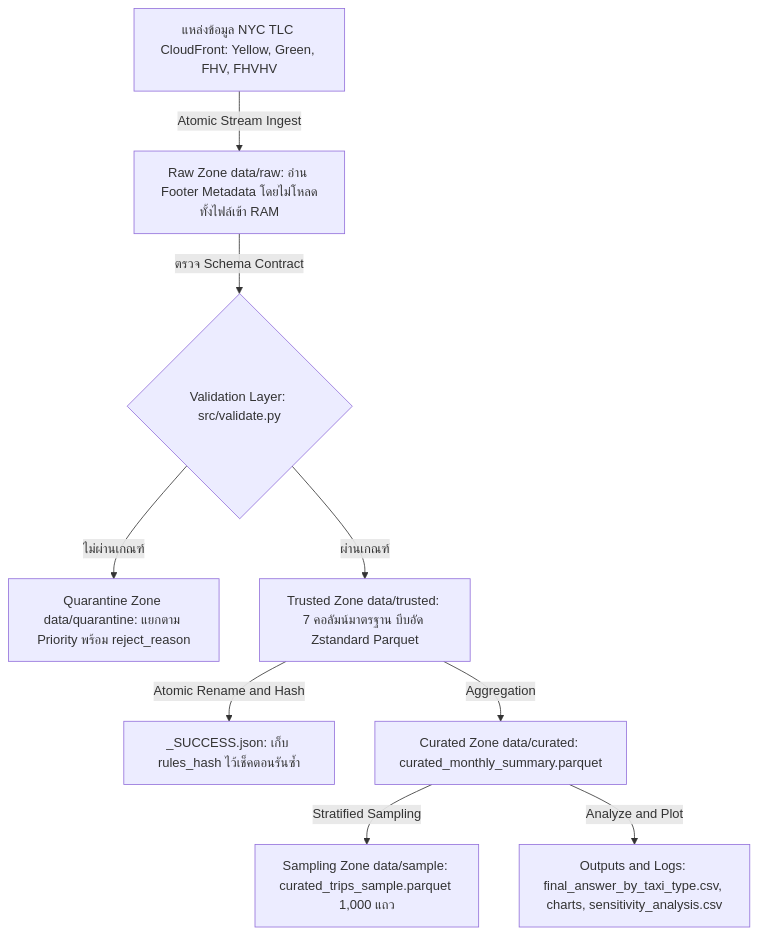
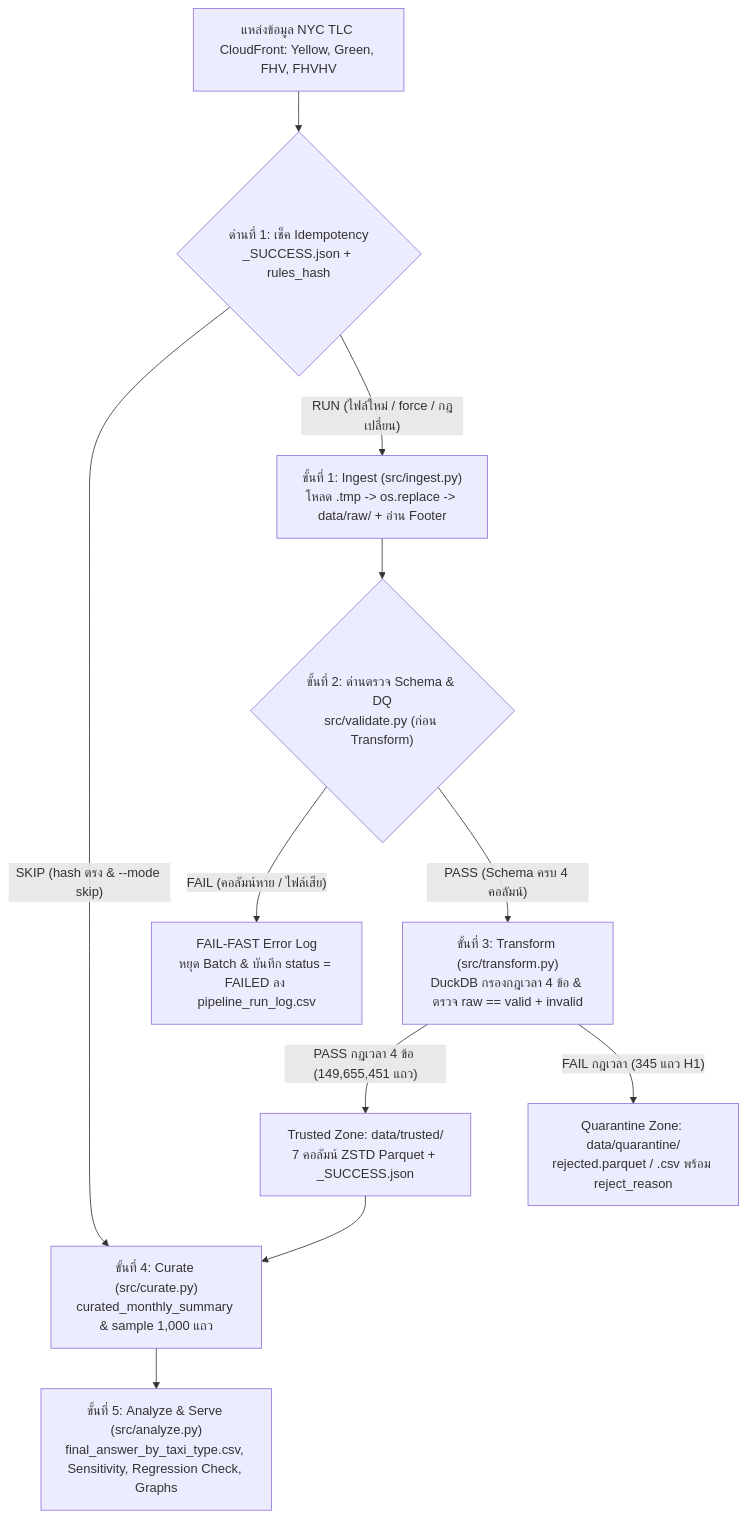
The diagram in README.md (PurinatWanthanathanya/NYCTAXI2_BIGDATA), drawn with Mermaid before and after one commit. The commit also changed other lines of this file and 5 other files, not shown here.

Commit message:
Add terminal evidence screenshots, detailed data flow diagram, and sensitivity row-drop counts

````diff
--- a/README.md
+++ b/README.md
@@ -129,11 +132,12 @@
 ```mermaid
 flowchart TD
-    A["แหล่งข้อมูล NYC TLC CloudFront: Yellow, Green, FHV, FHVHV"] -->|Atomic Stream Ingest| B["Raw Zone data/raw: อ่าน Footer Metadata โดยไม่โหลดทั้งไฟล์เข้า RAM"]
-    B -->|ตรวจ Schema Contract| C{"Validation Layer: src/validate.py"}
-    C -->|ไม่ผ่านเกณฑ์| D["Quarantine Zone data/quarantine: แยกตาม Priority พร้อม reject_reason"]
-    C -->|ผ่านเกณฑ์| E["Trusted Zone data/trusted: 7 คอลัมน์มาตรฐาน บีบอัด Zstandard Parquet"]
-    E -->|Atomic Rename and Hash| F["_SUCCESS.json: เก็บ rules_hash ไว้เช็คตอนรันซ้ำ"]
-    E -->|Aggregation| G["Curated Zone data/curated: curated_monthly_summary.parquet"]
-    G -->|Stratified Sampling| H["Sampling Zone data/sample: curated_trips_sample.parquet 1,000 แถว"]
-    G -->|Analyze and Plot| I["Outputs and Logs: final_answer_by_taxi_type.csv, charts, sensitivity_analysis.csv"]
+    A["แหล่งข้อมูล NYC TLC CloudFront: Yellow, Green, FHV, FHVHV"] --> B{"ด่านที่ 1: เช็ค Idempotency<br/>_SUCCESS.json + rules_hash"}
+    B -->|"SKIP (hash ตรง & --mode skip)"| H["ขั้นที่ 4: Curate (src/curate.py)<br/>curated_monthly_summary & sample 1,000 แถว"]
+    B -->|"RUN (ไฟล์ใหม่ / force / กฎเปลี่ยน)"| C["ขั้นที่ 1: Ingest (src/ingest.py)<br/>โหลด .tmp -> os.replace -> data/raw/ + อ่าน Footer"]
+    C --> D{"ขั้นที่ 2: ด่านตรวจ Schema & DQ<br/>src/validate.py (ก่อน Transform)"}
+    D -->|"FAIL (คอลัมน์หาย / ไฟล์เสีย)"| E["FAIL-FAST Error Log<br/>หยุด Batch & บันทึก status = FAILED ลง pipeline_run_log.csv"]
+    D -->|"PASS (Schema ครบ 4 คอลัมน์)"| F["ขั้นที่ 3: Transform (src/transform.py)<br/>DuckDB กรองกฎเวลา 4 ข้อ & ตรวจ raw == valid + invalid"]
+    F -->|"PASS กฎเวลา 4 ข้อ (149,655,451 แถว)"| G["Trusted Zone: data/trusted/<br/>7 คอลัมน์ ZSTD Parquet + _SUCCESS.json"]
+    F -->|"FAIL กฎเวลา (345 แถว H1)"| Q["Quarantine Zone: data/quarantine/<br/>rejected.parquet / .csv พร้อม reject_reason"]
+    G --> H --> I["ขั้นที่ 5: Analyze & Serve (src/analyze.py)<br/>final_answer_by_taxi_type.csv, Sensitivity, Regression Check, Graphs"]
 ```
````
